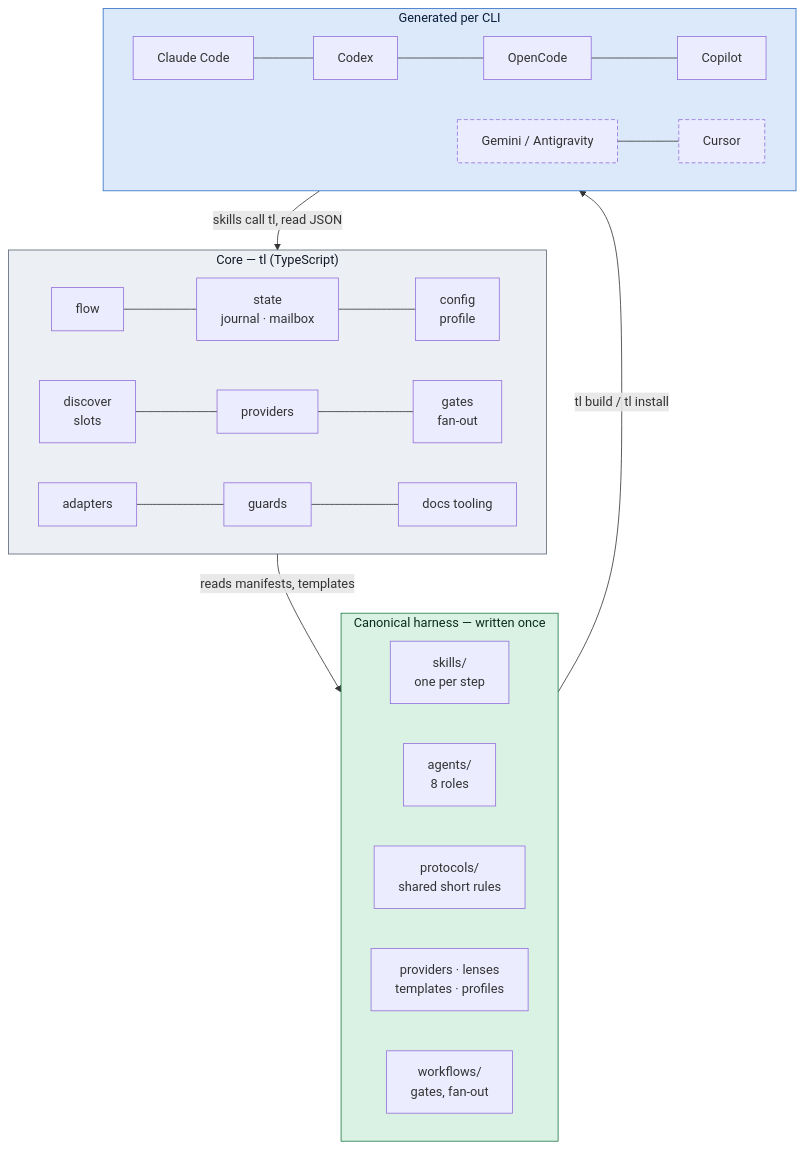
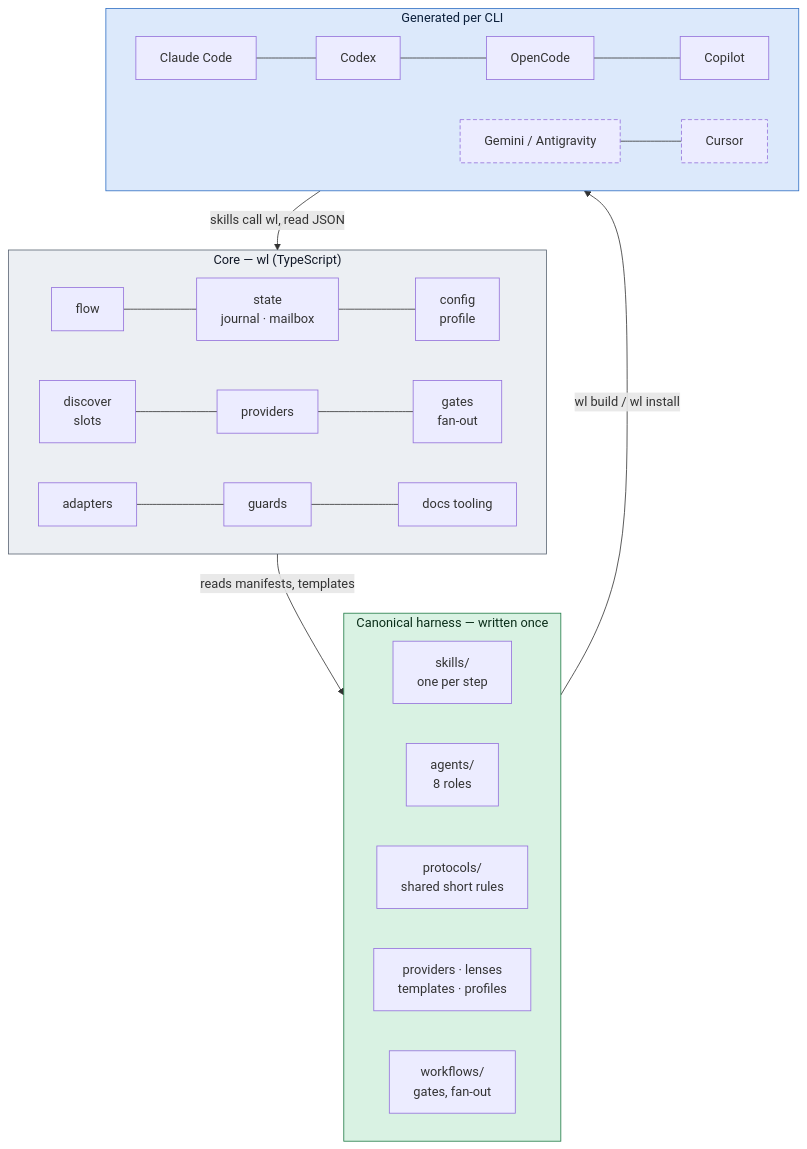
Before and after one commit to dreamingechoes/wholeloop: the first of 2 diagrams in docs/architecture/README.md, drawn with Mermaid. The commit also changed other lines of this file and 61 other files, not shown here.

````diff
--- a/docs/architecture/README.md
+++ b/docs/architecture/README.md
@@ -12,29 +12,29 @@
 ```mermaid
 flowchart TB
   subgraph H["Canonical harness — written once"]
     direction LR
     sk["skills/<br/>one per step"]
     ag["agents/<br/>8 roles"]
     pr["protocols/<br/>shared short rules"]
     mf["providers · lenses<br/>templates · profiles"]
     wf["workflows/<br/>gates, fan-out"]
   end
-  subgraph C["Core — tl (TypeScript)"]
+  subgraph C["Core — wl (TypeScript)"]
     direction LR
     fl["flow"] --- st["state<br/>journal · mailbox"] --- cf["config<br/>profile"]
     ds["discover<br/>slots"] --- pv["providers"] --- gt["gates<br/>fan-out"]
     ad["adapters"] --- gd["guards"] --- dc["docs tooling"]
   end
   subgraph A["Generated per CLI"]
     direction LR
     cc["Claude Code"] --- cx["Codex"] --- oc["OpenCode"] --- cp["Copilot"]
     gm["Gemini / Antigravity"]:::opt --- cu["Cursor"]:::opt
   end
-  H -- "tl build / tl install" --> A
-  A -- "skills call tl, read JSON" --> C
+  H -- "wl build / wl install" --> A
+  A -- "skills call wl, read JSON" --> C
   C -- "reads manifests, templates" --> H
   classDef opt stroke-dasharray:5 3;
   style H fill:#d9f2e3,stroke:#1f7a45,color:#0b2e1a
   style C fill:#eceff3,stroke:#5b6573,color:#111827
   style A fill:#dce9fb,stroke:#2f6fc4,color:#0b1f3a
 ```
````
